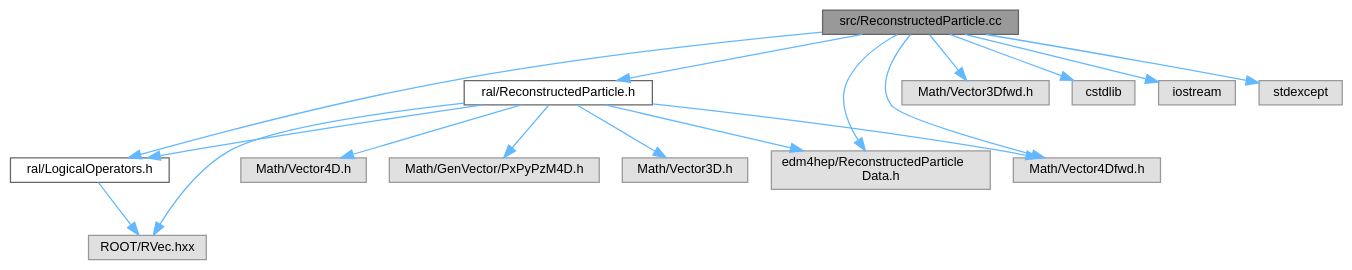
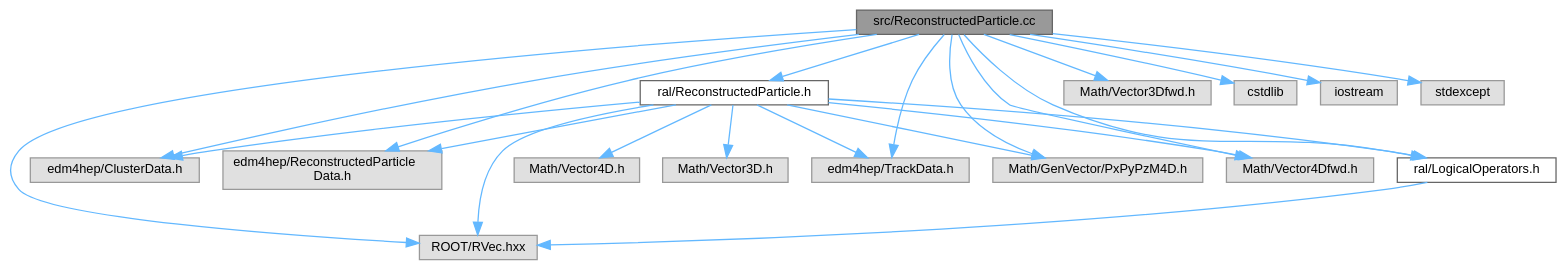
Before and after one commit to HEP-FCC/ral: the diagram in docs/ReconstructedParticle_8cc__incl.dot, drawn with Graphviz. The commit also changed 12 other files, not shown here.

```diff
--- a/docs/ReconstructedParticle_8cc__incl.dot
+++ b/docs/ReconstructedParticle_8cc__incl.dot
@@ -1,36 +1,44 @@
 digraph "src/ReconstructedParticle.cc"
 {
  // LATEX_PDF_SIZE
   bgcolor="transparent";
   edge [fontname=Helvetica,fontsize=10,labelfontname=Helvetica,labelfontsize=10];
   node [fontname=Helvetica,fontsize=10,shape=box,height=0.2,width=0.4];
   Node1 [id="Node000001",label="src/ReconstructedParticle.cc",height=0.2,width=0.4,color="gray40", fillcolor="grey60", style="filled", fontcolor="black",tooltip=" "];
   Node1 -> Node2 [id="edge1_Node000001_Node000002",color="steelblue1",style="solid",tooltip=" "];
   Node2 [id="Node000002",label="ral/ReconstructedParticle.h",height=0.2,width=0.4,color="grey40", fillcolor="white", style="filled",URL="$ReconstructedParticle_8h.html",tooltip=" "];
   Node2 -> Node3 [id="edge2_Node000002_Node000003",color="steelblue1",style="solid",tooltip=" "];
   Node3 [id="Node000003",label="Math/Vector3D.h",height=0.2,width=0.4,color="grey60", fillcolor="#E0E0E0", style="filled",tooltip=" "];
   Node2 -> Node4 [id="edge3_Node000002_Node000004",color="steelblue1",style="solid",tooltip=" "];
   Node4 [id="Node000004",label="Math/Vector4D.h",height=0.2,width=0.4,color="grey60", fillcolor="#E0E0E0", style="filled",tooltip=" "];
   Node2 -> Node5 [id="edge4_Node000002_Node000005",color="steelblue1",style="solid",tooltip=" "];
   Node5 [id="Node000005",label="ROOT/RVec.hxx",height=0.2,width=0.4,color="grey60", fillcolor="#E0E0E0", style="filled",tooltip=" "];
   Node2 -> Node6 [id="edge5_Node000002_Node000006",color="steelblue1",style="solid",tooltip=" "];
-  Node6 [id="Node000006",label="edm4hep/ReconstructedParticle\lData.h",height=0.2,width=0.4,color="grey60", fillcolor="#E0E0E0", style="filled",tooltip=" "];
+  Node6 [id="Node000006",label="edm4hep/ClusterData.h",height=0.2,width=0.4,color="grey60", fillcolor="#E0E0E0", style="filled",tooltip=" "];
   Node2 -> Node7 [id="edge6_Node000002_Node000007",color="steelblue1",style="solid",tooltip=" "];
-  Node7 [id="Node000007",label="ral/LogicalOperators.h",height=0.2,width=0.4,color="grey40", fillcolor="white", style="filled",URL="$LogicalOperators_8h.html",tooltip=" "];
-  Node7 -> Node5 [id="edge7_Node000007_Node000005",color="steelblue1",style="solid",tooltip=" "];
-  Node2 -> Node8 [id="edge8_Node000002_Node000008",color="steelblue1",style="solid",tooltip=" "];
-  Node8 [id="Node000008",label="Math/GenVector/PxPyPzM4D.h",height=0.2,width=0.4,color="grey60", fillcolor="#E0E0E0", style="filled",tooltip=" "];
-  Node2 -> Node9 [id="edge9_Node000002_Node000009",color="steelblue1",style="solid",tooltip=" "];
-  Node9 [id="Node000009",label="Math/Vector4Dfwd.h",height=0.2,width=0.4,color="grey60", fillcolor="#E0E0E0", style="filled",tooltip=" "];
-  Node1 -> Node7 [id="edge10_Node000001_Node000007",color="steelblue1",style="solid",tooltip=" "];
-  Node1 -> Node10 [id="edge11_Node000001_Node000010",color="steelblue1",style="solid",tooltip=" "];
-  Node10 [id="Node000010",label="Math/Vector3Dfwd.h",height=0.2,width=0.4,color="grey60", fillcolor="#E0E0E0", style="filled",tooltip=" "];
+  Node7 [id="Node000007",label="edm4hep/ReconstructedParticle\lData.h",height=0.2,width=0.4,color="grey60", fillcolor="#E0E0E0", style="filled",tooltip=" "];
+  Node2 -> Node8 [id="edge7_Node000002_Node000008",color="steelblue1",style="solid",tooltip=" "];
+  Node8 [id="Node000008",label="edm4hep/TrackData.h",height=0.2,width=0.4,color="grey60", fillcolor="#E0E0E0", style="filled",tooltip=" "];
+  Node2 -> Node9 [id="edge8_Node000002_Node000009",color="steelblue1",style="solid",tooltip=" "];
+  Node9 [id="Node000009",label="ral/LogicalOperators.h",height=0.2,width=0.4,color="grey40", fillcolor="white", style="filled",URL="$LogicalOperators_8h.html",tooltip=" "];
+  Node9 -> Node5 [id="edge9_Node000009_Node000005",color="steelblue1",style="solid",tooltip=" "];
+  Node2 -> Node10 [id="edge10_Node000002_Node000010",color="steelblue1",style="solid",tooltip=" "];
+  Node10 [id="Node000010",label="Math/GenVector/PxPyPzM4D.h",height=0.2,width=0.4,color="grey60", fillcolor="#E0E0E0", style="filled",tooltip=" "];
+  Node2 -> Node11 [id="edge11_Node000002_Node000011",color="steelblue1",style="solid",tooltip=" "];
+  Node11 [id="Node000011",label="Math/Vector4Dfwd.h",height=0.2,width=0.4,color="grey60", fillcolor="#E0E0E0", style="filled",tooltip=" "];
   Node1 -> Node9 [id="edge12_Node000001_Node000009",color="steelblue1",style="solid",tooltip=" "];
-  Node1 -> Node11 [id="edge13_Node000001_Node000011",color="steelblue1",style="solid",tooltip=" "];
-  Node11 [id="Node000011",label="cstdlib",height=0.2,width=0.4,color="grey60", fillcolor="#E0E0E0", style="filled",tooltip=" "];
-  Node1 -> Node6 [id="edge14_Node000001_Node000006",color="steelblue1",style="solid",tooltip=" "];
-  Node1 -> Node12 [id="edge15_Node000001_Node000012",color="steelblue1",style="solid",tooltip=" "];
-  Node12 [id="Node000012",label="iostream",height=0.2,width=0.4,color="grey60", fillcolor="#E0E0E0", style="filled",tooltip=" "];
-  Node1 -> Node13 [id="edge16_Node000001_Node000013",color="steelblue1",style="solid",tooltip=" "];
-  Node13 [id="Node000013",label="stdexcept",height=0.2,width=0.4,color="grey60", fillcolor="#E0E0E0", style="filled",tooltip=" "];
+  Node1 -> Node10 [id="edge13_Node000001_Node000010",color="steelblue1",style="solid",tooltip=" "];
+  Node1 -> Node12 [id="edge14_Node000001_Node000012",color="steelblue1",style="solid",tooltip=" "];
+  Node12 [id="Node000012",label="Math/Vector3Dfwd.h",height=0.2,width=0.4,color="grey60", fillcolor="#E0E0E0", style="filled",tooltip=" "];
+  Node1 -> Node11 [id="edge15_Node000001_Node000011",color="steelblue1",style="solid",tooltip=" "];
+  Node1 -> Node5 [id="edge16_Node000001_Node000005",color="steelblue1",style="solid",tooltip=" "];
+  Node1 -> Node13 [id="edge17_Node000001_Node000013",color="steelblue1",style="solid",tooltip=" "];
+  Node13 [id="Node000013",label="cstdlib",height=0.2,width=0.4,color="grey60", fillcolor="#E0E0E0", style="filled",tooltip=" "];
+  Node1 -> Node6 [id="edge18_Node000001_Node000006",color="steelblue1",style="solid",tooltip=" "];
+  Node1 -> Node7 [id="edge19_Node000001_Node000007",color="steelblue1",style="solid",tooltip=" "];
+  Node1 -> Node8 [id="edge20_Node000001_Node000008",color="steelblue1",style="solid",tooltip=" "];
+  Node1 -> Node14 [id="edge21_Node000001_Node000014",color="steelblue1",style="solid",tooltip=" "];
+  Node14 [id="Node000014",label="iostream",height=0.2,width=0.4,color="grey60", fillcolor="#E0E0E0", style="filled",tooltip=" "];
+  Node1 -> Node15 [id="edge22_Node000001_Node000015",color="steelblue1",style="solid",tooltip=" "];
+  Node15 [id="Node000015",label="stdexcept",height=0.2,width=0.4,color="grey60", fillcolor="#E0E0E0", style="filled",tooltip=" "];
 }
```
